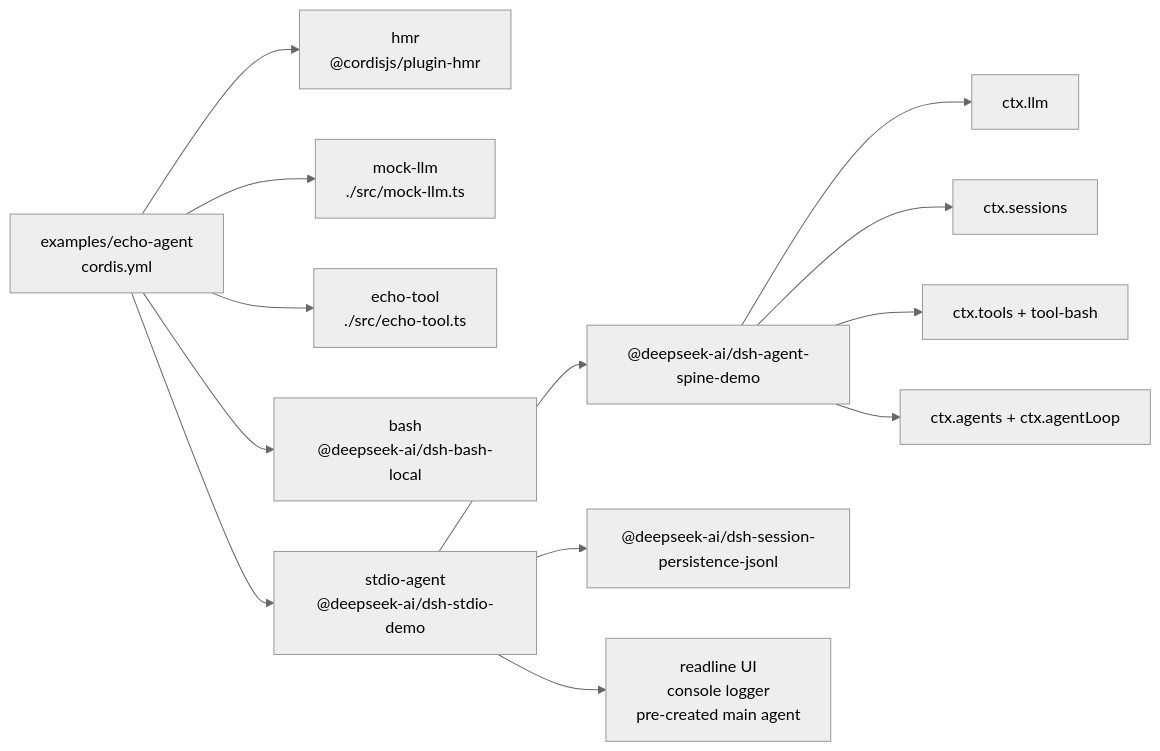
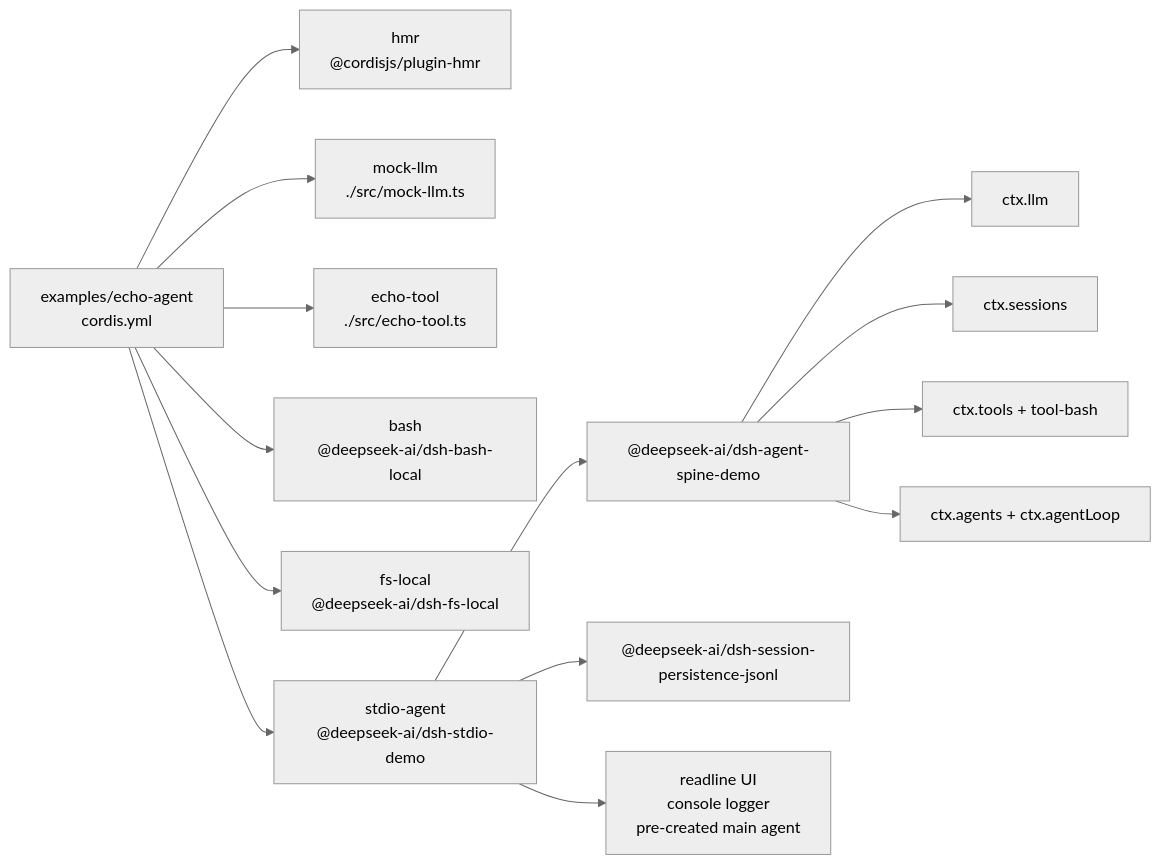
The diagram in examples/echo-agent/composition.md (eru123/coco-harness), drawn with Mermaid (neutral theme) before and after one commit. The commit also changed other lines of this file and 158 other files, not shown here.

````diff
--- a/examples/echo-agent/composition.md
+++ b/examples/echo-agent/composition.md
@@ -8,21 +8,23 @@
 ```mermaid
 flowchart LR
   cfg["examples/echo-agent<br/>cordis.yml"]
   plugin_echo_hmr["hmr<br/>@cordisjs/plugin-hmr"]
   cfg --> plugin_echo_hmr
   plugin_echo_mock_llm["mock-llm<br/>./src/mock-llm.ts"]
   cfg --> plugin_echo_mock_llm
   plugin_echo_echo_tool["echo-tool<br/>./src/echo-tool.ts"]
   cfg --> plugin_echo_echo_tool
   plugin_echo_bash["bash<br/>@deepseek-ai/dsh-bash-local"]
   cfg --> plugin_echo_bash
+  plugin_echo_fs_local["fs-local<br/>@deepseek-ai/dsh-fs-local"]
+  cfg --> plugin_echo_fs_local
   plugin_echo_stdio_agent["stdio-agent<br/>@deepseek-ai/dsh-stdio-demo"]
   cfg --> plugin_echo_stdio_agent
   plugin_echo_stdio_agent --> bundle_agent_core["@deepseek-ai/dsh-agent-spine-demo"]
   plugin_echo_stdio_agent --> bundle_jsonl["@deepseek-ai/dsh-session-persistence-jsonl"]
   plugin_echo_stdio_agent --> frontdoor_stdio["readline UI<br/>console logger<br/>pre-created main agent"]
   bundle_agent_core --> spine_llm["ctx.llm"]
   bundle_agent_core --> spine_sessions["ctx.sessions"]
   bundle_agent_core --> spine_tools["ctx.tools + tool-bash"]
   bundle_agent_core --> spine_loop["ctx.agents + ctx.agentLoop"]
 ```
````
